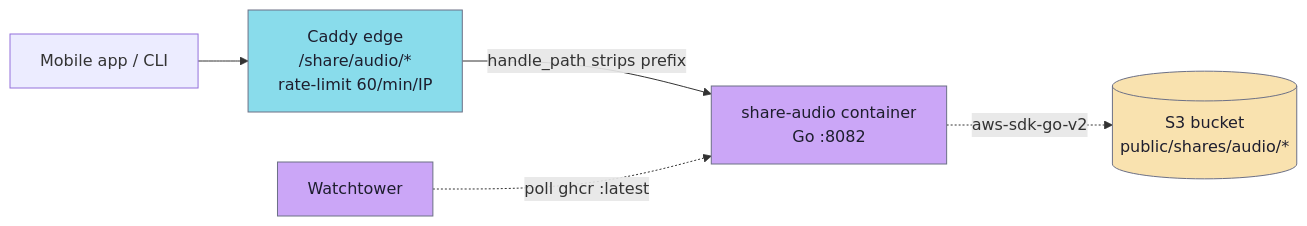
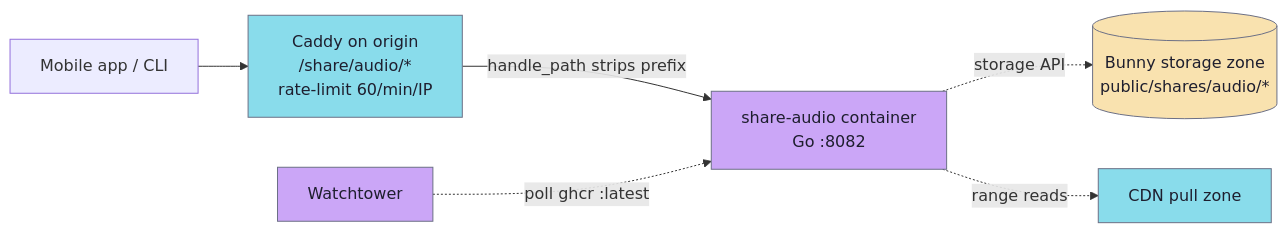
Before and after one commit to jiva-studio/shruti: the third of 3 diagrams in docs/repos/shruti/modules/share-audio.md, drawn with Mermaid. The commit also changed other lines of this file and 23 other files, not shown here.

First line of the commit message:
docs: one write store, one backend, the edge role

````diff
--- a/docs/repos/shruti/modules/share-audio.md
+++ b/docs/repos/shruti/modules/share-audio.md
@@ -141,15 +140,16 @@
 ```mermaid
 graph LR
-    Client["Mobile app / CLI"] --> Caddy["Caddy edge<br/>/share/audio/*<br/>rate-limit 60/min/IP"]
+    Client["Mobile app / CLI"] --> Caddy["Caddy on origin<br/>/share/audio/*<br/>rate-limit 60/min/IP"]
     Caddy -->|handle_path strips prefix| Svc["share-audio container<br/>Go :8082"]
-    Svc -. aws-sdk-go-v2 .-> S3[("S3 bucket<br/>public/shares/audio/*")]
+    Svc -. storage API .-> Zone[("Bunny storage zone<br/>public/shares/audio/*")]
+    Svc -. range reads .-> CDN["CDN pull zone"]
 
     WT["Watchtower"] -.->|poll ghcr :latest| Svc
 
     classDef edge fill:#89dceb,stroke:#6c7086,color:#1e1e2e;
     classDef svc fill:#cba6f7,stroke:#6c7086,color:#1e1e2e;
     classDef store fill:#f9e2af,stroke:#6c7086,color:#1e1e2e;
-    class Caddy edge;
+    class Caddy,CDN edge;
     class Svc,WT svc;
-    class S3 store;
+    class Zone store;
 ```
````
